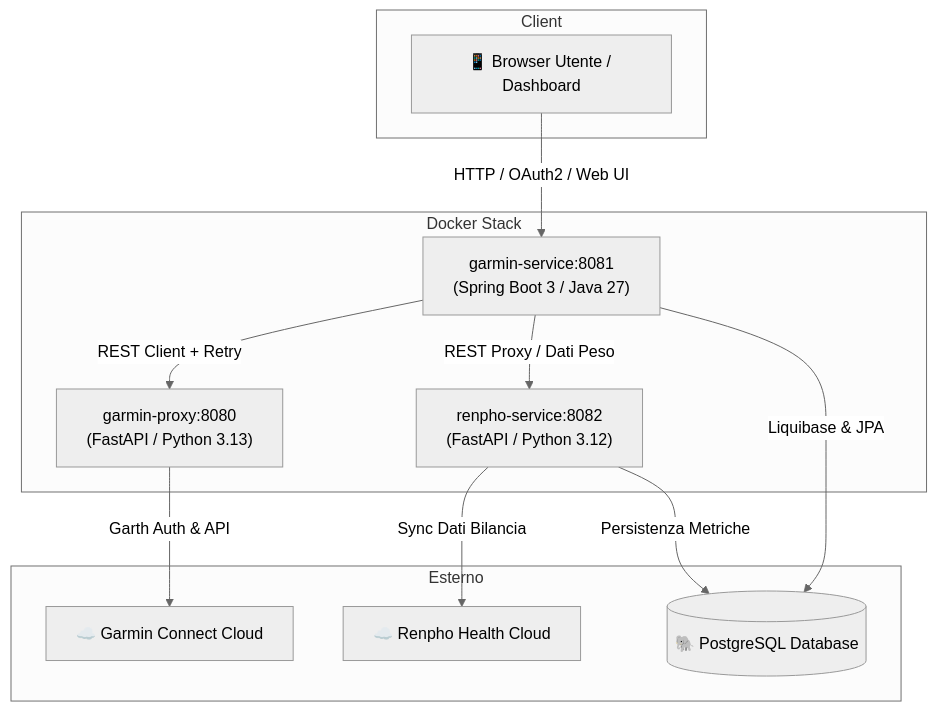
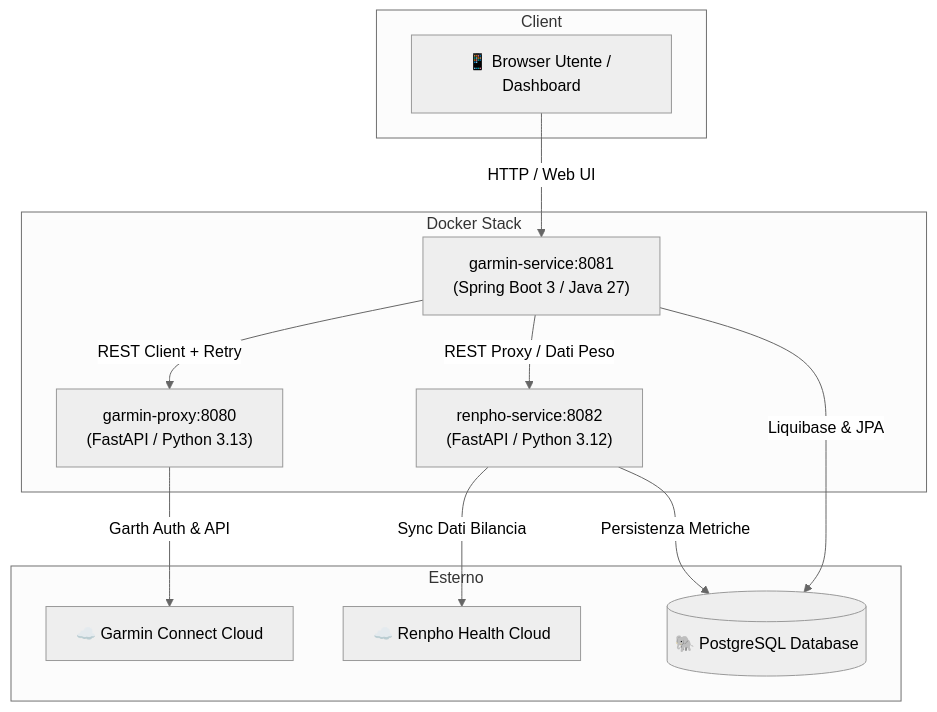
One commit to giuseppefrattura/python-garminconnect changed the diagram in README.md. Above: the diagram before and after it, drawn with Mermaid (neutral theme). The commit also changed other lines of this file and 60 other files, not shown here.

````diff
--- a/README.md
+++ b/README.md
@@ -62,26 +62,26 @@
 ```mermaid
 flowchart TD
     subgraph Client
         Browser[📱 Browser Utente / Dashboard]
     end
 
     subgraph Docker Stack
         GP["garmin-proxy:8080<br/>(FastAPI / Python 3.13)"]
         GS["garmin-service:8081<br/>(Spring Boot 3 / Java 27)"]
         RS["renpho-service:8082<br/>(FastAPI / Python 3.12)"]
     end
 
     subgraph Esterno
         GC[☁️ Garmin Connect Cloud]
         RC[☁️ Renpho Health Cloud]
         DB[(🐘 PostgreSQL Database)]
     end
 
-    Browser -->|HTTP / OAuth2 / Web UI| GS
+    Browser -->|HTTP / Web UI| GS
     GS -->|REST Client + Retry| GP
     GS -->|REST Proxy / Dati Peso| RS
     GS -->|Liquibase & JPA| DB
     RS -->|Persistenza Metriche| DB
     GP -->|Garth Auth & API| GC
     RS -->|Sync Dati Bilancia| RC
 ```
````
